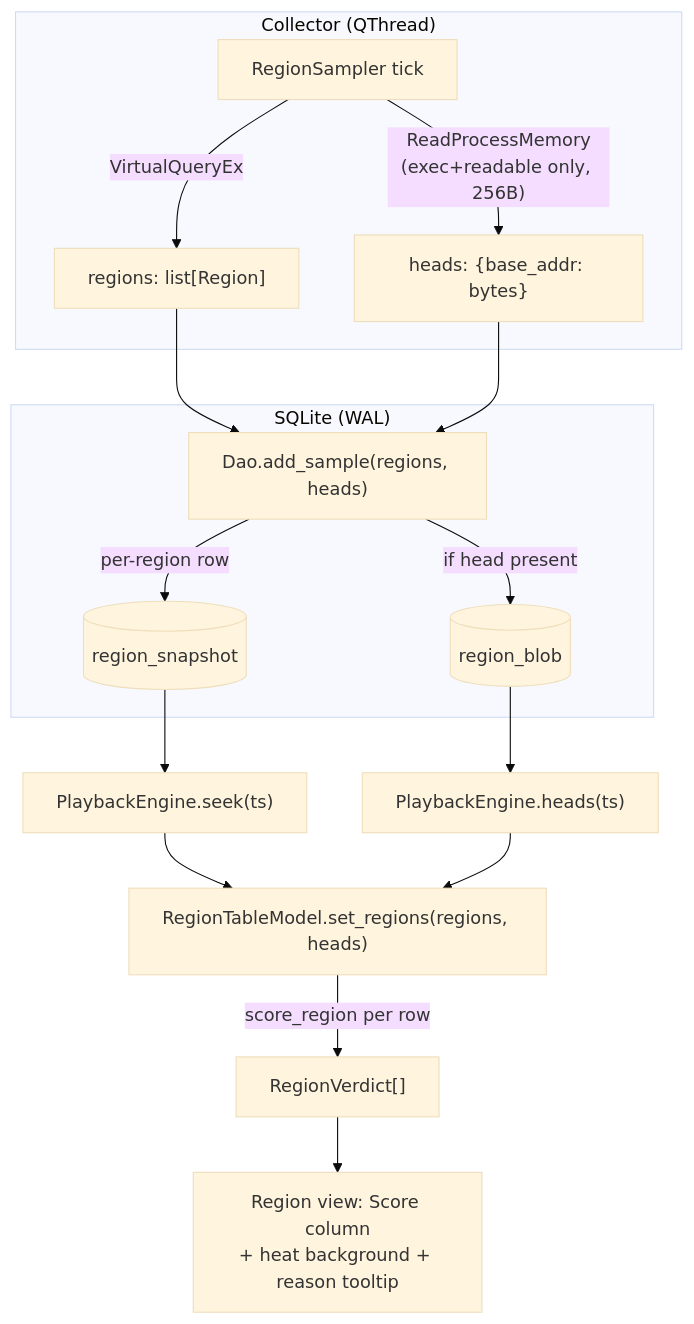
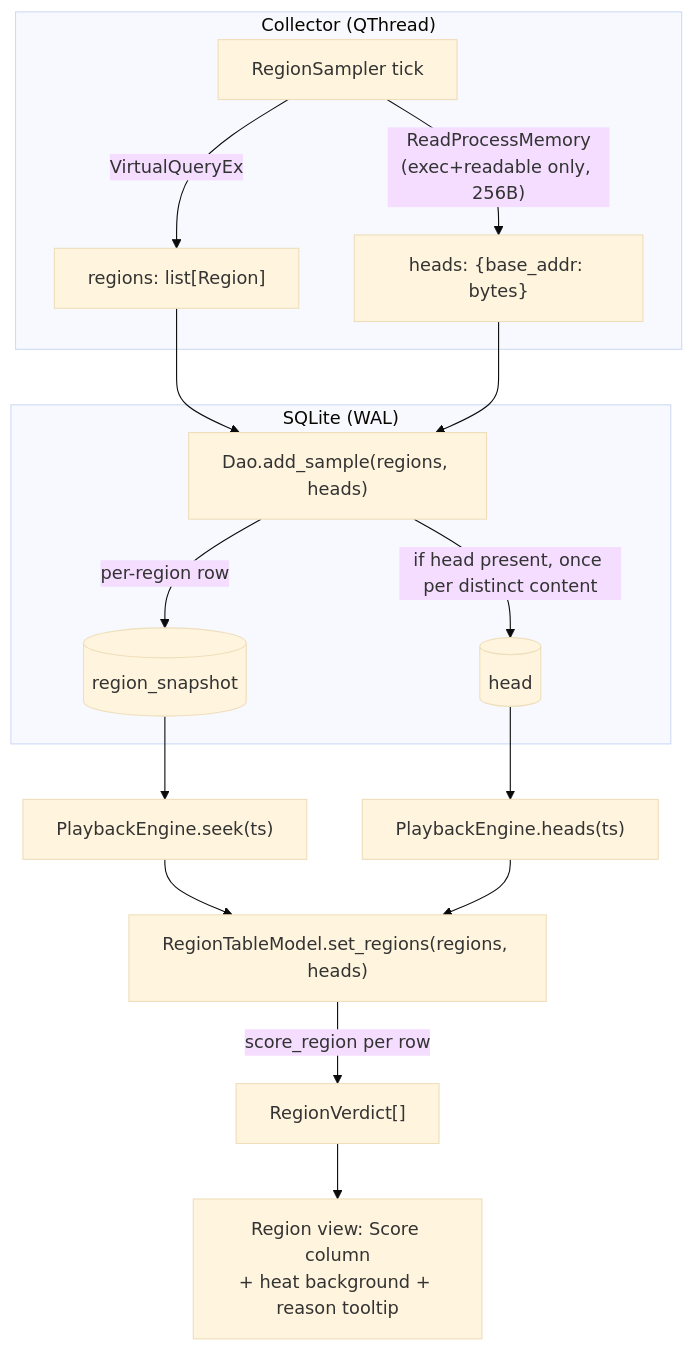
The second of 2 diagrams in docs/ARCHITECTURE.md (mjaksn/Memlapse), drawn with Mermaid (base theme) before and after one commit. The commit also changed other lines of this file and 16 other files, not shown here.

````diff
--- a/docs/ARCHITECTURE.md
+++ b/docs/ARCHITECTURE.md
@@ -361,19 +374,19 @@
 ```mermaid
 flowchart TD
     subgraph collect["Collector (QThread)"]
         A["RegionSampler tick"] -->|VirtualQueryEx| B["regions: list[Region]"]
         A -->|"ReadProcessMemory<br/>(exec+readable only, 256B)"| C["heads: {base_addr: bytes}"]
     end
     B --> D["Dao.add_sample(regions, heads)"]
     C --> D
     subgraph store["SQLite (WAL)"]
         D -->|per-region row| E[(region_snapshot)]
-        D -->|"if head present"| F[(region_blob)]
+        D -->|"if head present, once per distinct content"| F[(head)]
     end
     E --> G["PlaybackEngine.seek(ts)"]
     F --> H["PlaybackEngine.heads(ts)"]
     G --> I["RegionTableModel.set_regions(regions, heads)"]
     H --> I
     I -->|"score_region per row"| J["RegionVerdict[]"]
     J --> K["Region view: Score column<br/>+ heat background + reason tooltip"]
 ```
````
